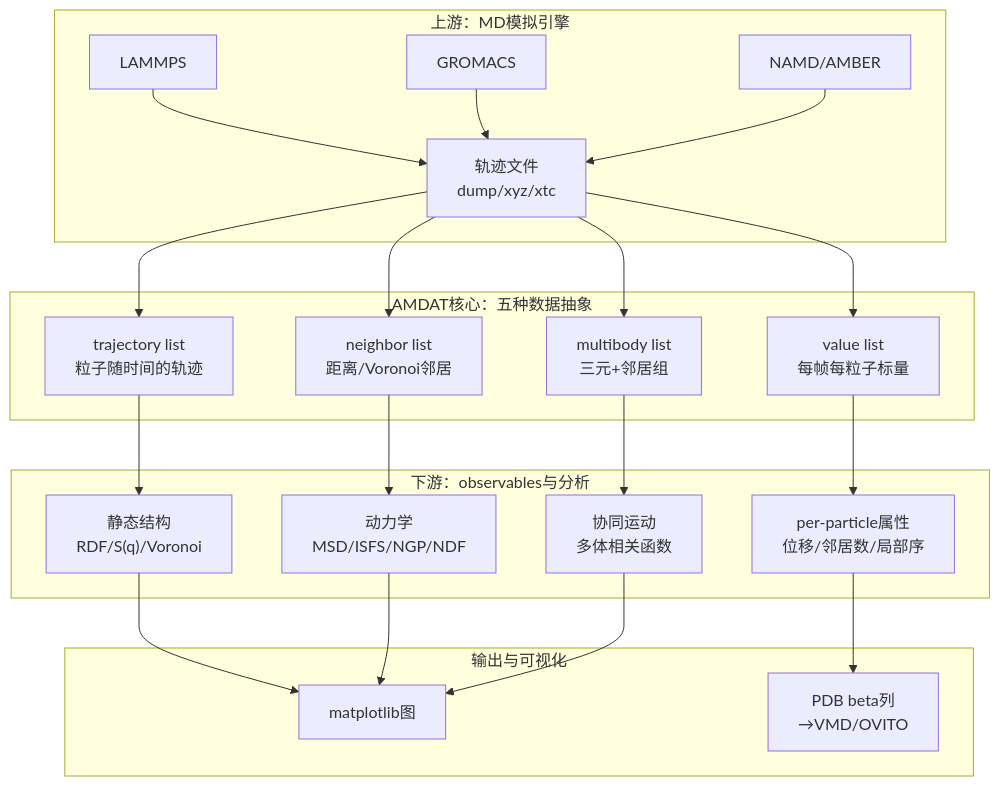
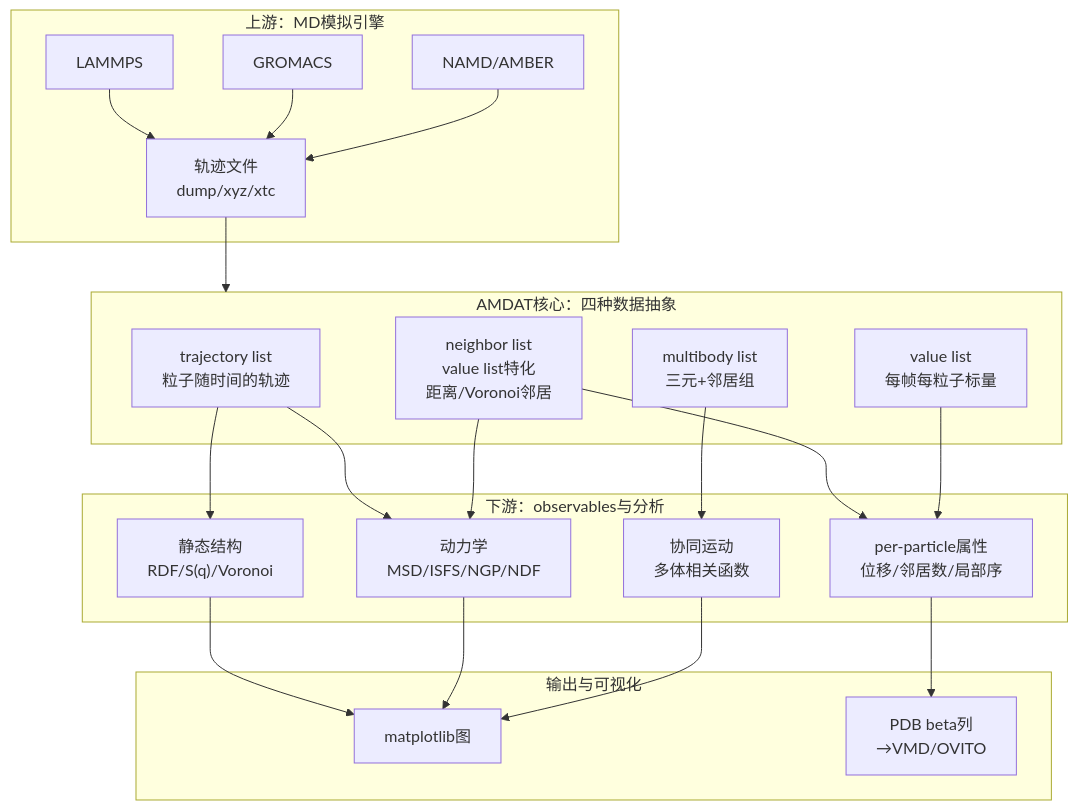
One commit to gxf1212/mendelevium changed the diagram in _pages/Molecular Dynamics/Modeling & Tools/2026-06-06-amdat-amorphous-md-analysis.md. Above: the diagram before and after it, drawn with Mermaid. The commit also changed other lines of this file and 7 other files, not shown here.

````diff
--- a/_pages/Molecular Dynamics/Modeling & Tools/2026-06-06-amdat-amorphous-md-analysis.md
+++ b/_pages/Molecular Dynamics/Modeling & Tools/2026-06-06-amdat-amorphous-md-analysis.md
@@ -42,29 +42,38 @@
 ```mermaid
 graph TB
     subgraph S1["上游：MD模拟引擎"]
         A1["LAMMPS"] --> X["轨迹文件<br/>dump/xyz/xtc"]
         A2["GROMACS"] --> X
         A3["NAMD/AMBER"] --> X
     end
 
-    subgraph S2["AMDAT核心：五种数据抽象"]
-        X --> B1["trajectory list<br/>粒子随时间的轨迹"]
-        X --> B2["neighbor list<br/>距离/Voronoi邻居"]
-        X --> B3["multibody list<br/>三元+邻居组"]
-        X --> B4["value list<br/>每帧每粒子标量"]
+    subgraph S2["AMDAT核心：四种数据抽象"]
+        B1["trajectory list<br/>粒子随时间的轨迹"]
+        B2["neighbor list<br/>value list特化<br/>距离/Voronoi邻居"]
+        B3["multibody list<br/>三元+邻居组"]
+        B4["value list<br/>每帧每粒子标量"]
     end
 
+    X --> S2
+
     subgraph S3["下游：observables与分析"]
-        B1 --> C1["静态结构<br/>RDF/S(q)/Voronoi"]
-        B2 --> C2["动力学<br/>MSD/ISFS/NGP/NDF"]
-        B3 --> C3["协同运动<br/>多体相关函数"]
-        B4 --> C4["per-particle属性<br/>位移/邻居数/局部序"]
+        C1["静态结构<br/>RDF/S(q)/Voronoi"]
+        C2["动力学<br/>MSD/ISFS/NGP/NDF"]
+        C3["协同运动<br/>多体相关函数"]
+        C4["per-particle属性<br/>位移/邻居数/局部序"]
     end
+
+    B1 --> C1
+    B1 --> C2
+    B2 --> C2
+    B2 --> C4
+    B3 --> C3
+    B4 --> C4
 
     subgraph S4["输出与可视化"]
         C1 --> D1["matplotlib图"]
         C2 --> D1
         C3 --> D1
         C4 --> D2["PDB beta列<br/>→VMD/OVITO"]
     end
 ```
````
